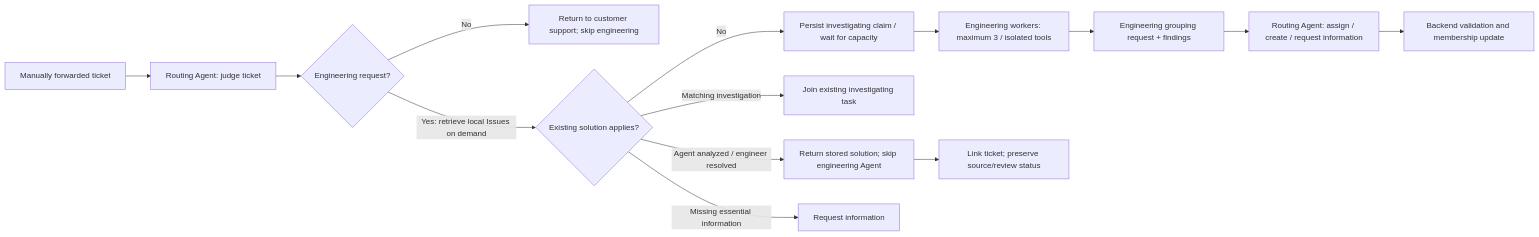
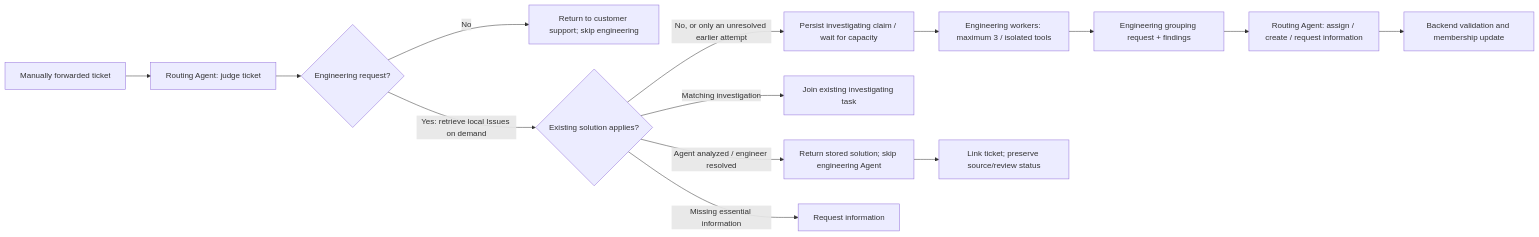
Before and after one commit to SDUzbh/esa: the diagram in docs/ISSUE_DIRECTORY.md, drawn with Mermaid. The commit also changed other lines of this file and 2 other files, not shown here.

Commit message:
Document unresolved Issue directory records

````diff
--- a/docs/ISSUE_DIRECTORY.md
+++ b/docs/ISSUE_DIRECTORY.md
@@ -7,16 +7,16 @@
 ```mermaid
 flowchart LR
     A["Manually forwarded ticket"] --> B["Routing Agent: judge ticket"]
     B --> R{"Engineering request?"}
     R -->|"No"| S["Return to customer support; skip engineering"]
     R -->|"Yes: retrieve local Issues on demand"| C{"Existing solution applies?"}
     C -->|"Agent analyzed / engineer resolved"| D["Return stored solution; skip engineering Agent"]
     C -->|"Matching investigation"| Q["Join existing investigating task"]
-    C -->|"No"| W["Persist investigating claim / wait for capacity"]
+    C -->|"No, or only an unresolved earlier attempt"| W["Persist investigating claim / wait for capacity"]
     W --> E["Engineering workers: maximum 3 / isolated tools"]
     C -->|"Missing essential information"| F["Request information"]
     E --> G["Engineering grouping request + findings"]
     G --> I["Routing Agent: assign / create / request information"]
     I --> J["Backend validation and membership update"]
     D --> H["Link ticket; preserve source/review status"]
 ```
````
